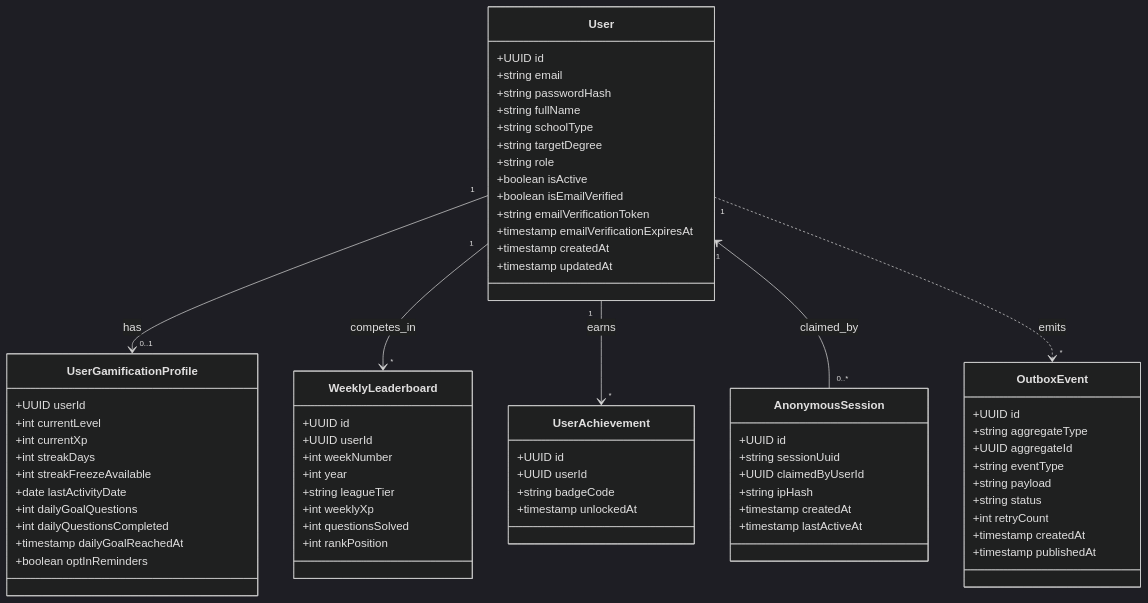
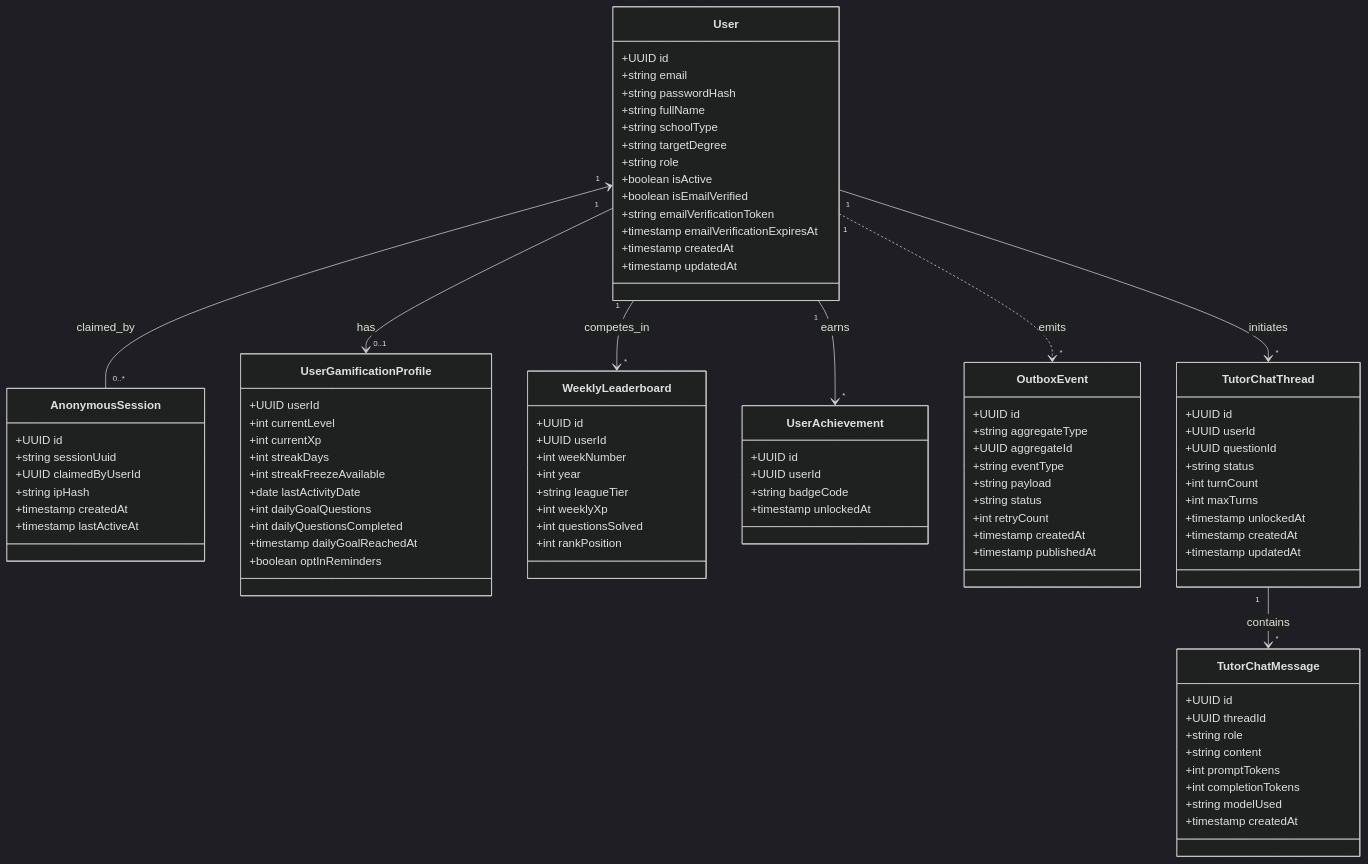
Before and after one commit to Veras-D/AprovaENEM: the second of 7 diagrams in docs/sprint-1/04-data-modeling.md, drawn with Mermaid (dark theme). The commit also changed other lines of this file and 4 other files, not shown here.

Commit message:
feat(tutor): architect per-question multi-turn chat threads, reset lifecycle, and 90-day retention

````diff
--- a/docs/sprint-1/04-data-modeling.md
+++ b/docs/sprint-1/04-data-modeling.md
@@ -169,9 +169,34 @@
         +timestamp publishedAt
     }
 
+    class TutorChatThread {
+        +UUID id
+        +UUID userId
+        +UUID questionId
+        +string status
+        +int turnCount
+        +int maxTurns
+        +timestamp unlockedAt
+        +timestamp createdAt
+        +timestamp updatedAt
+    }
+
+    class TutorChatMessage {
+        +UUID id
+        +UUID threadId
+        +string role
+        +string content
+        +int promptTokens
+        +int completionTokens
+        +string modelUsed
+        +timestamp createdAt
+    }
+
     User "1" --> "0..1" UserGamificationProfile : has
     User "1" --> "*" WeeklyLeaderboard : competes_in
     User "1" --> "*" UserAchievement : earns
     User "1" <-- "0..*" AnonymousSession : claimed_by
     User "1" ..> "*" OutboxEvent : emits
+    User "1" --> "*" TutorChatThread : initiates
+    TutorChatThread "1" --> "*" TutorChatMessage : contains
 ```
````
